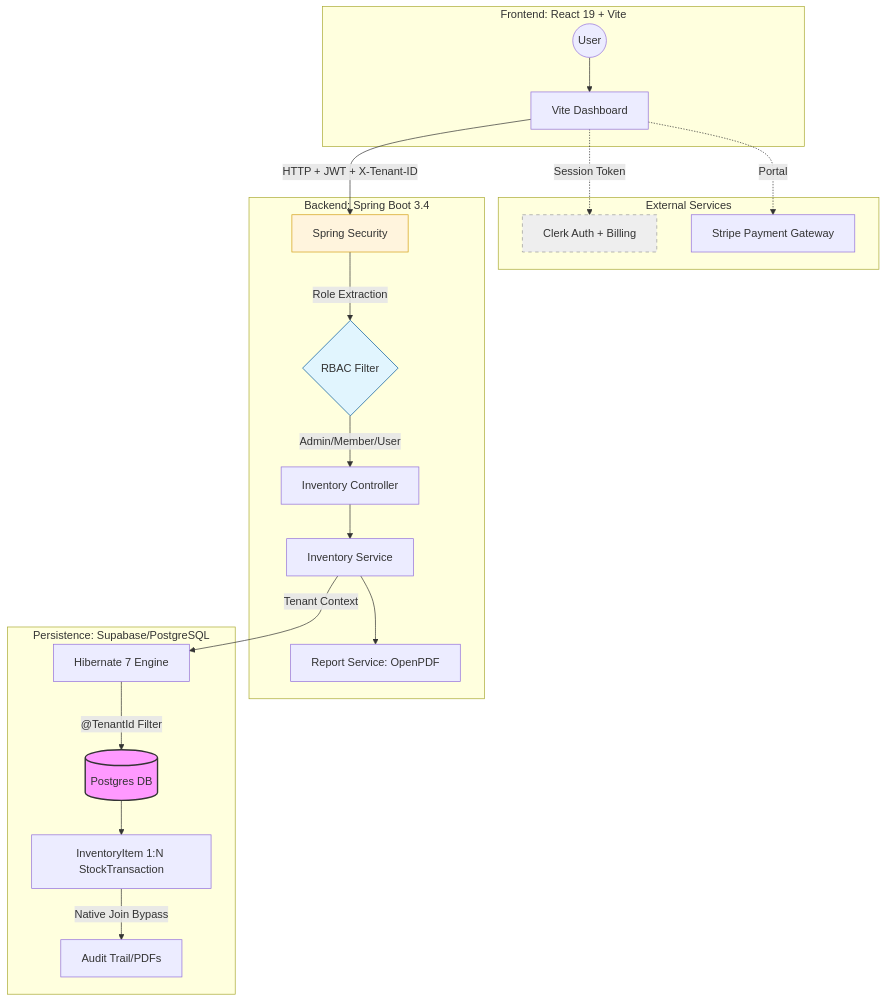
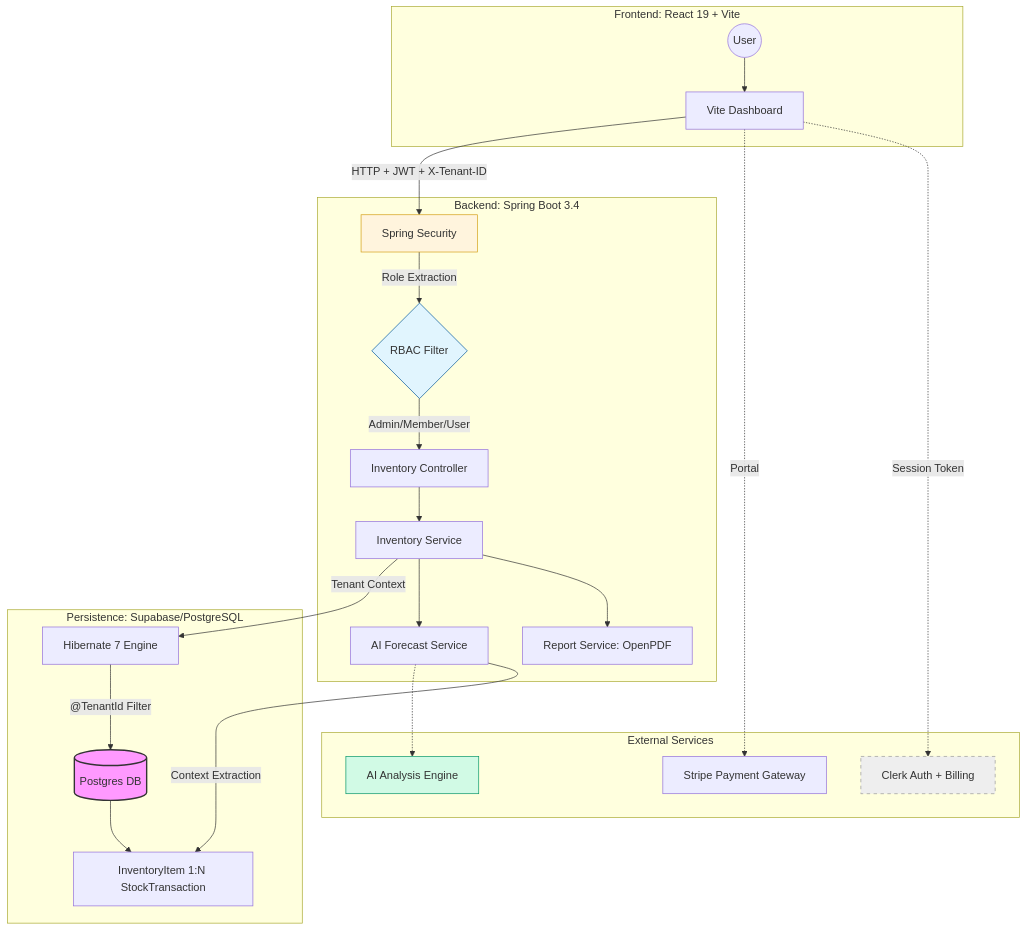
Before and after one commit to SaaammmyyyS/stack-inventory-manager: the diagram in README.md, drawn with Mermaid. The commit also changed other lines of this file, not shown here.

````diff
--- a/README.md
+++ b/README.md
@@ -11,33 +11,37 @@
 ```mermaid
 graph TD
     subgraph External [External Services]
         Clerk[Clerk Auth + Billing]
         Stripe[Stripe Payment Gateway]
+        OpenAI[AI Analysis Engine]
     end
 
     subgraph Client_Layer [Frontend: React 19 + Vite]
         User((User)) --> WebApp[Vite Dashboard]
         WebApp -.->|Session Token| Clerk
         WebApp -.->|Portal| Stripe
     end
 
     subgraph API_Layer [Backend: Spring Boot 3.4]
         WebApp -- "HTTP + JWT + X-Tenant-ID" --> Gateway[Spring Security]
         Gateway -- "Role Extraction" --> RBAC{RBAC Filter}
         RBAC -- "Admin/Member/User" --> Controller[Inventory Controller]
         Controller --> Service[Inventory Service]
         Service --> ReportSvc[Report Service: OpenPDF]
+        Service --> AiSvc[AI Forecast Service]
     end
 
     subgraph Data_Layer [Persistence: Supabase/PostgreSQL]
         Service -- "Tenant Context" --> Hibernate[Hibernate 7 Engine]
         Hibernate -- "@TenantId Filter" --> DB[(Postgres DB)]
         DB --> Entities[InventoryItem 1:N StockTransaction]
-        Entities -- "Native Join Bypass" --> History[Audit Trail/PDFs]
+        AiSvc -- "Context Extraction" --> Entities
+        AiSvc -.-> OpenAI
     end
 
     style DB fill:#f9f,stroke:#333,stroke-width:2px
     style Gateway fill:#fff4dd,stroke:#d4a017
     style RBAC fill:#e1f5fe,stroke:#01579b
     style Clerk fill:#eee,stroke:#999,stroke-dasharray: 5 5
+    style OpenAI fill:#d1fae5,stroke:#059669
 ```
````
